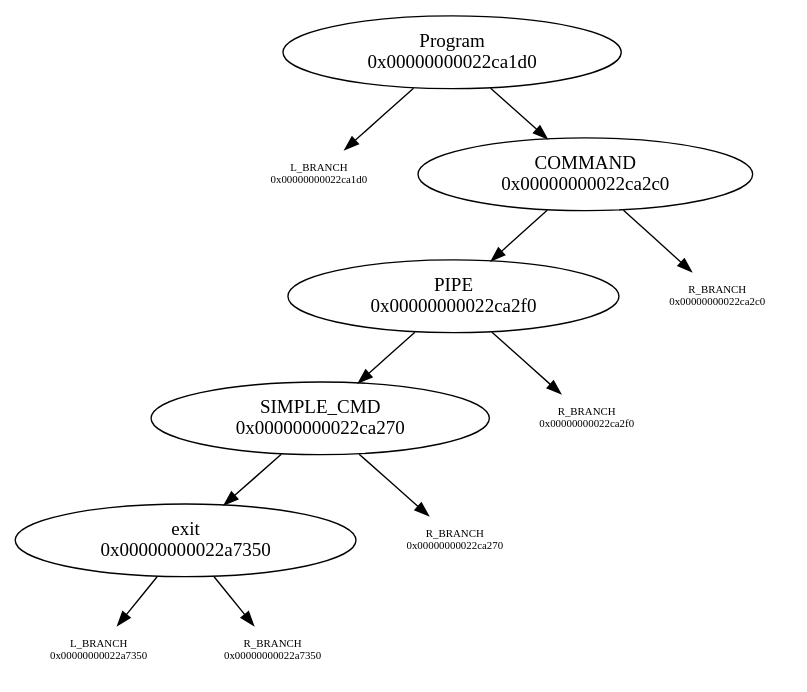
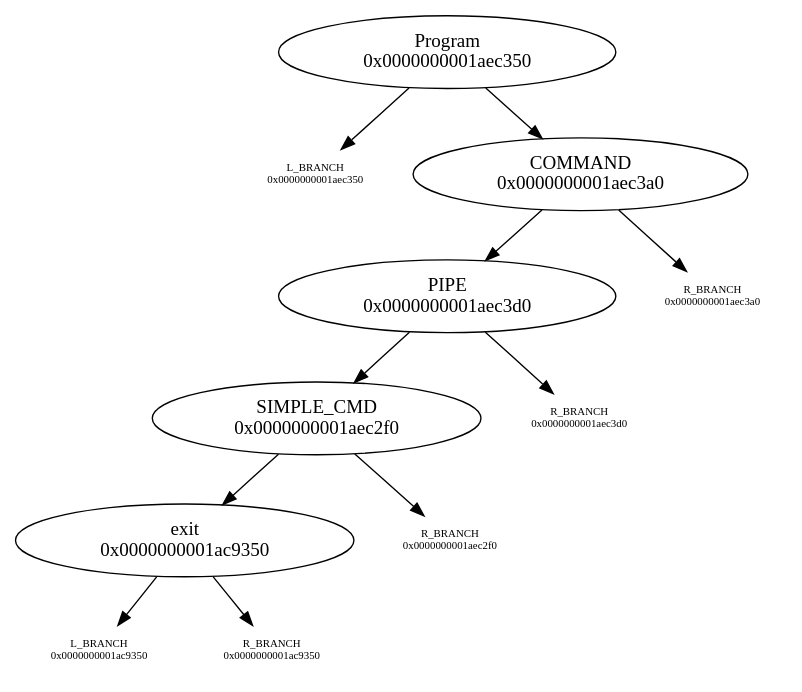
One commit to N-4-Nina/Minishell changed the diagram in graph.dot. Above: the diagram before and after it, drawn with Graphviz. The commit also changed 9 other files, not shown here.

```diff
--- a/graph.dot
+++ b/graph.dot
@@ -1,19 +1,19 @@
 digraph graphname {
-"Program\n0x00000000022ca1d0" -> "L_BRANCH\n0x00000000022ca1d0";
-"L_BRANCH\n0x00000000022ca1d0" [shape=none fontsize=8]
-"Program\n0x00000000022ca1d0" -> "COMMAND\n0x00000000022ca2c0";
-"COMMAND\n0x00000000022ca2c0" -> "PIPE\n0x00000000022ca2f0";
-"COMMAND\n0x00000000022ca2c0" -> "R_BRANCH\n0x00000000022ca2c0";
-"R_BRANCH\n0x00000000022ca2c0" [shape=none fontsize=8]
-"PIPE\n0x00000000022ca2f0" -> "SIMPLE_CMD\n0x00000000022ca270";
-"PIPE\n0x00000000022ca2f0" -> "R_BRANCH\n0x00000000022ca2f0";
-"R_BRANCH\n0x00000000022ca2f0" [shape=none fontsize=8]
-"SIMPLE_CMD\n0x00000000022ca270" -> "exit\n0x00000000022a7350";
-"SIMPLE_CMD\n0x00000000022ca270" -> "R_BRANCH\n0x00000000022ca270";
-"R_BRANCH\n0x00000000022ca270" [shape=none fontsize=8]
-"exit\n0x00000000022a7350" -> "L_BRANCH\n0x00000000022a7350";
-"L_BRANCH\n0x00000000022a7350" [shape=none fontsize=8]
-"exit\n0x00000000022a7350" -> "R_BRANCH\n0x00000000022a7350";
-"R_BRANCH\n0x00000000022a7350" [shape=none fontsize=8]
+"Program\n0x0000000001aec350" -> "L_BRANCH\n0x0000000001aec350";
+"L_BRANCH\n0x0000000001aec350" [shape=none fontsize=8]
+"Program\n0x0000000001aec350" -> "COMMAND\n0x0000000001aec3a0";
+"COMMAND\n0x0000000001aec3a0" -> "PIPE\n0x0000000001aec3d0";
+"COMMAND\n0x0000000001aec3a0" -> "R_BRANCH\n0x0000000001aec3a0";
+"R_BRANCH\n0x0000000001aec3a0" [shape=none fontsize=8]
+"PIPE\n0x0000000001aec3d0" -> "SIMPLE_CMD\n0x0000000001aec2f0";
+"PIPE\n0x0000000001aec3d0" -> "R_BRANCH\n0x0000000001aec3d0";
+"R_BRANCH\n0x0000000001aec3d0" [shape=none fontsize=8]
+"SIMPLE_CMD\n0x0000000001aec2f0" -> "exit\n0x0000000001ac9350";
+"SIMPLE_CMD\n0x0000000001aec2f0" -> "R_BRANCH\n0x0000000001aec2f0";
+"R_BRANCH\n0x0000000001aec2f0" [shape=none fontsize=8]
+"exit\n0x0000000001ac9350" -> "L_BRANCH\n0x0000000001ac9350";
+"L_BRANCH\n0x0000000001ac9350" [shape=none fontsize=8]
+"exit\n0x0000000001ac9350" -> "R_BRANCH\n0x0000000001ac9350";
+"R_BRANCH\n0x0000000001ac9350" [shape=none fontsize=8]
 
 }
```
